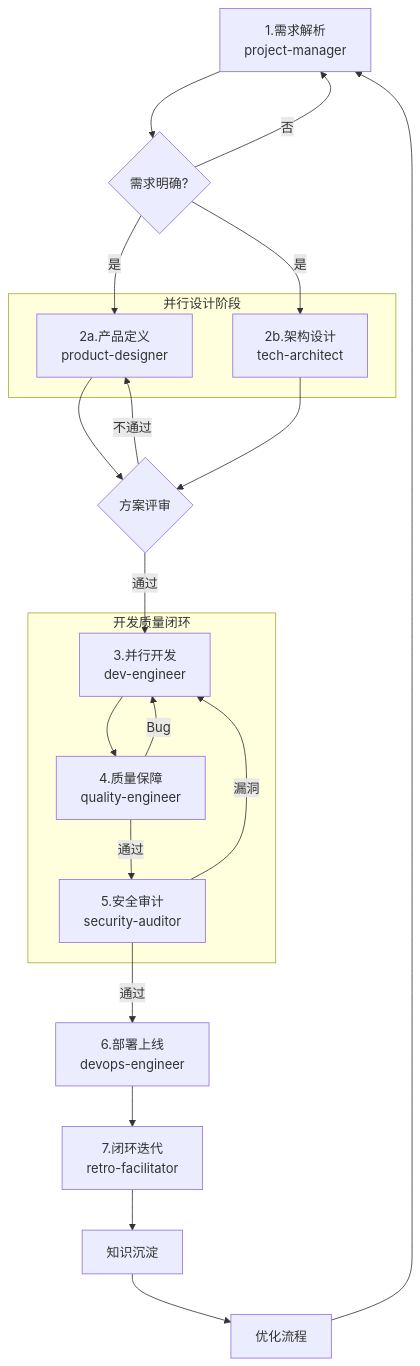
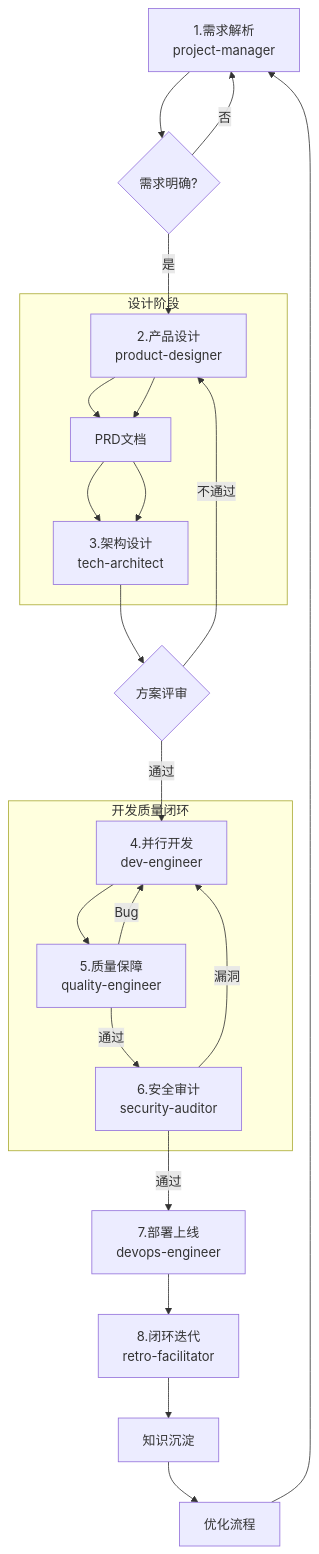
The third of 6 diagrams in skills/project-manager/SKILL.md (Tooooommy/Trae-Workflow), drawn with Mermaid before and after one commit. The commit also changed other lines of this file, not shown here.

Commit message:
refactor(project-manager): 优化7阶段工作流为串行设计
- 产品设计与架构设计由并行改为串行
- 先进行产品设计，输出PRD文档
- 基于PRD文档进行架构设计
- 更新阶段表格，明确各阶段输入输出依赖关系
- 质量保障与安全审计保持并行

````diff
--- a/skills/project-manager/SKILL.md
+++ b/skills/project-manager/SKILL.md
@@ -137,32 +137,32 @@
 ```mermaid
 flowchart TD
     A[1.需求解析<br/>project-manager] --> B{需求明确?}
     B -->|否| A
-    B -->|是| C[2a.产品定义<br/>product-designer]
-    B -->|是| D[2b.架构设计<br/>tech-architect]
-    C & D --> E{方案评审}
-    E -->|通过| F[3.并行开发<br/>dev-engineer]
-    E -->|不通过| C
+    B -->|是| C[2.产品设计<br/>product-designer]
+    C --> D[PRD文档]
+    D --> E[3.架构设计<br/>tech-architect]
+    E --> F{方案评审}
+    F -->|通过| G[4.并行开发<br/>dev-engineer]
+    F -->|不通过| C
 
-    F --> G[4.质量保障<br/>quality-engineer]
-    G -->|Bug| F
-    G -->|通过| H[5.安全审计<br/>security-auditor]
-    H -->|漏洞| F
-    H -->|通过| I[6.部署上线<br/>devops-engineer]
+    G --> H[5.质量保障<br/>quality-engineer]
+    H -->|Bug| G
+    H -->|通过| I[6.安全审计<br/>security-auditor]
+    I -->|漏洞| G
+    I -->|通过| J[7.部署上线<br/>devops-engineer]
 
-    I --> J[7.闭环迭代<br/>retro-facilitator]
-    J --> K[知识沉淀]
-    K --> L[优化流程]
-    L --> A
+    J --> K[8.闭环迭代<br/>retro-facilitator]
+    K --> L[知识沉淀]
+    L --> M[优化流程]
+    M --> A
 
-    subgraph "并行设计阶段"
-        C
-        D
+    subgraph "设计阶段"
+        C --> D --> E
     end
 
     subgraph "开发质量闭环"
-        F
         G
         H
+        I
     end
 ```
````
